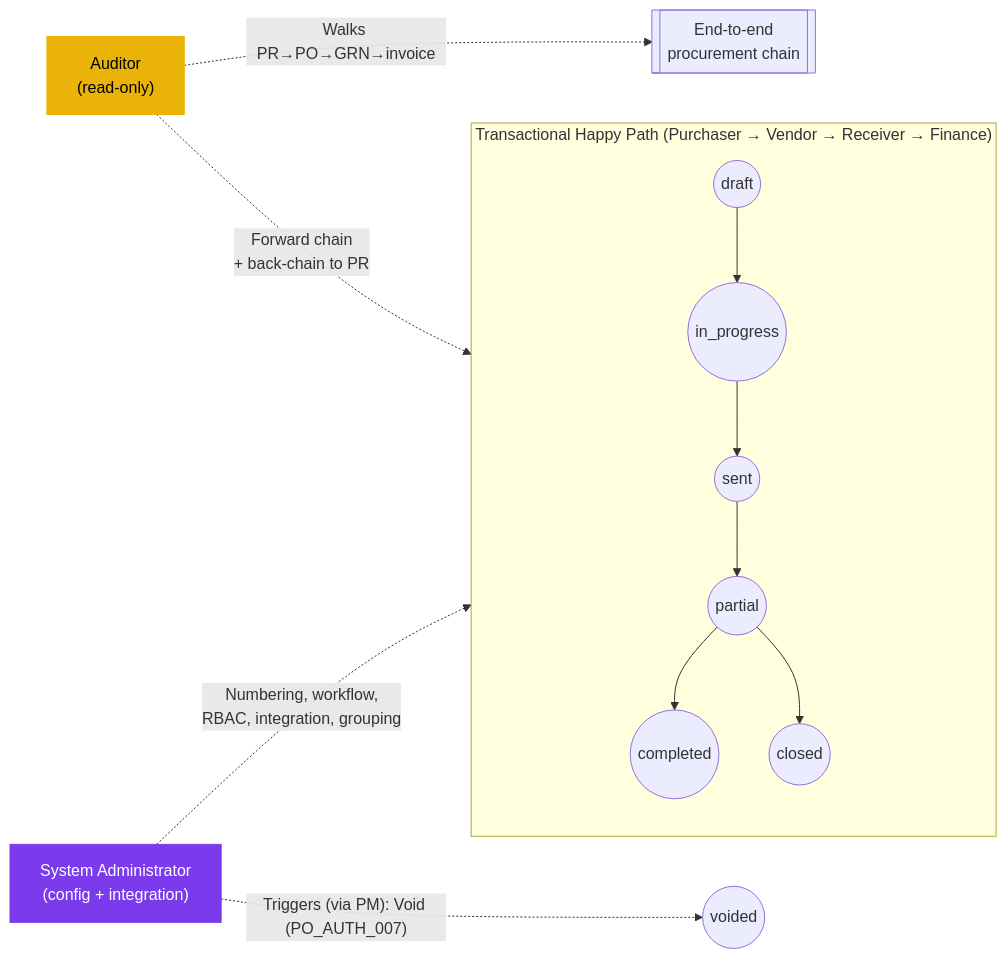
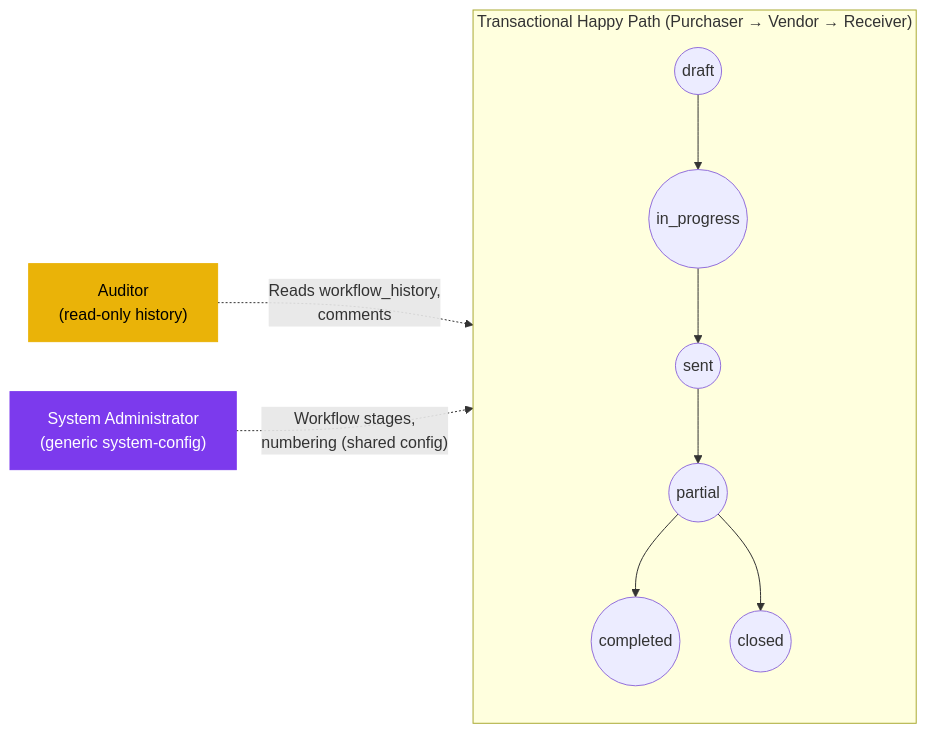
One commit to CarmenSoftware-organization/carmen-wiki changed the diagram in en/inventory/purchase-order/03-user-flow-audit-config.md. Above: the diagram before and after it, drawn with Mermaid. The commit also changed other lines of this file and 38 other files, not shown here.

````diff
--- a/en/inventory/purchase-order/03-user-flow-audit-config.md
+++ b/en/inventory/purchase-order/03-user-flow-audit-config.md
@@ -23,16 +30,14 @@
 ```mermaid
 graph LR
-    subgraph transactional["Transactional Happy Path (Purchaser → Vendor → Receiver → Finance)"]
+    subgraph transactional["Transactional Happy Path (Purchaser → Vendor → Receiver)"]
         draft(("draft")) --> inprog(("in_progress"))
         inprog --> sent(("sent"))
         sent --> partial(("partial"))
         partial --> completed(("completed"))
         partial --> closed(("closed"))
     end
-    auditor["Auditor<br/>(read-only)"]:::audit -.->|"Forward chain<br/>+ back-chain to PR"| transactional
-    auditor -.->|"Walks PR→PO→GRN→invoice"| chain[["End-to-end<br/>procurement chain"]]
-    sysadmin["System Administrator<br/>(config + integration)"]:::cfg -.->|"Numbering, workflow,<br/>RBAC, integration, grouping"| transactional
-    sysadmin -.->|"Triggers (via PM): Void (PO_AUTH_007)"| voided(("voided"))
+    auditor["Auditor<br/>(read-only history)"]:::audit -.->|"Reads workflow_history,<br/>comments"| transactional
+    sysadmin["System Administrator<br/>(generic system-config)"]:::cfg -.->|"Workflow stages,<br/>numbering (shared config)"| transactional
     classDef audit fill:#eab308,color:#000,stroke:#eab308;
     classDef cfg fill:#7c3aed,color:#fff,stroke:#7c3aed;
 ```
````
